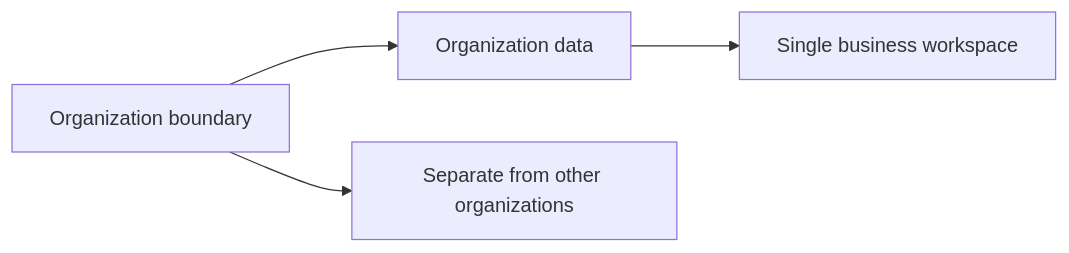
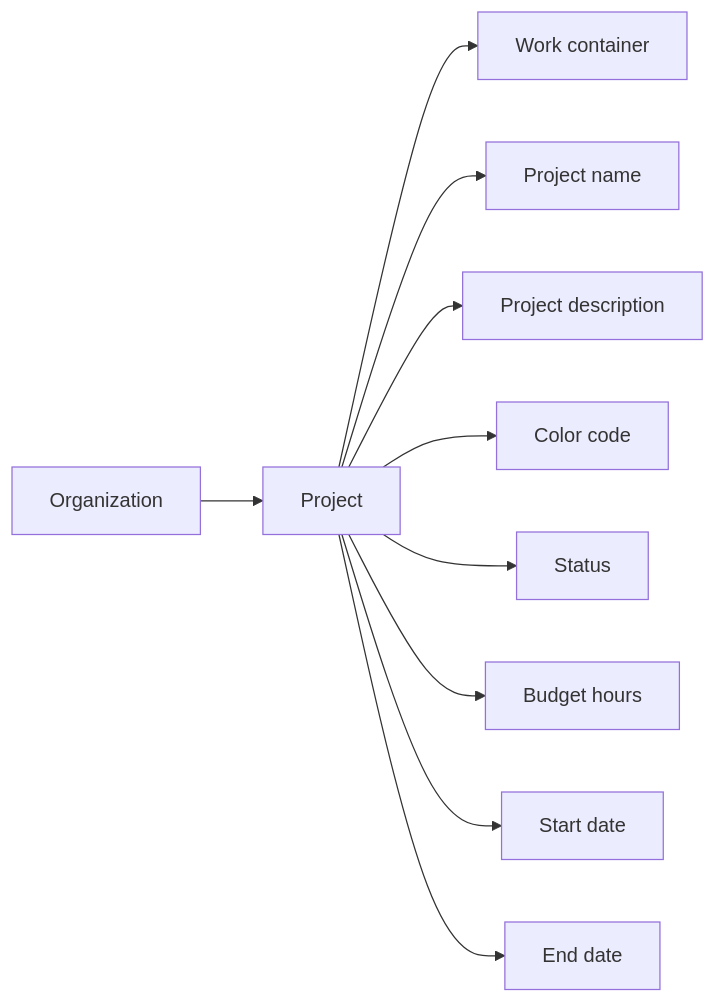
The fourth of 19 diagrams in openai/gpt-5.4-mini/erp/docs/analysis/02-domain-model.md (wrtnlabs/autobe-examples), drawn with Mermaid before and after one commit. The commit also changed other lines of this file and 9017 other files, not shown here.

````diff
--- a/openai/gpt-5.4-mini/erp/docs/analysis/02-domain-model.md
+++ b/openai/gpt-5.4-mini/erp/docs/analysis/02-domain-model.md
@@ -82,6 +261,12 @@
 ```mermaid
 flowchart LR
-    A["Organization boundary"] --> B["Organization data"]
-    A --> C["Separate from other organizations"]
-    B --> D["Single business workspace"]
+    A["Organization"] --> B["Project"]
+    B --> C["Work container"]
+    B --> D["Project name"]
+    B --> E["Project description"]
+    B --> F["Color code"]
+    B --> G["Status"]
+    B --> H["Budget hours"]
+    B --> I["Start date"]
+    B --> J["End date"]
 ```
````
